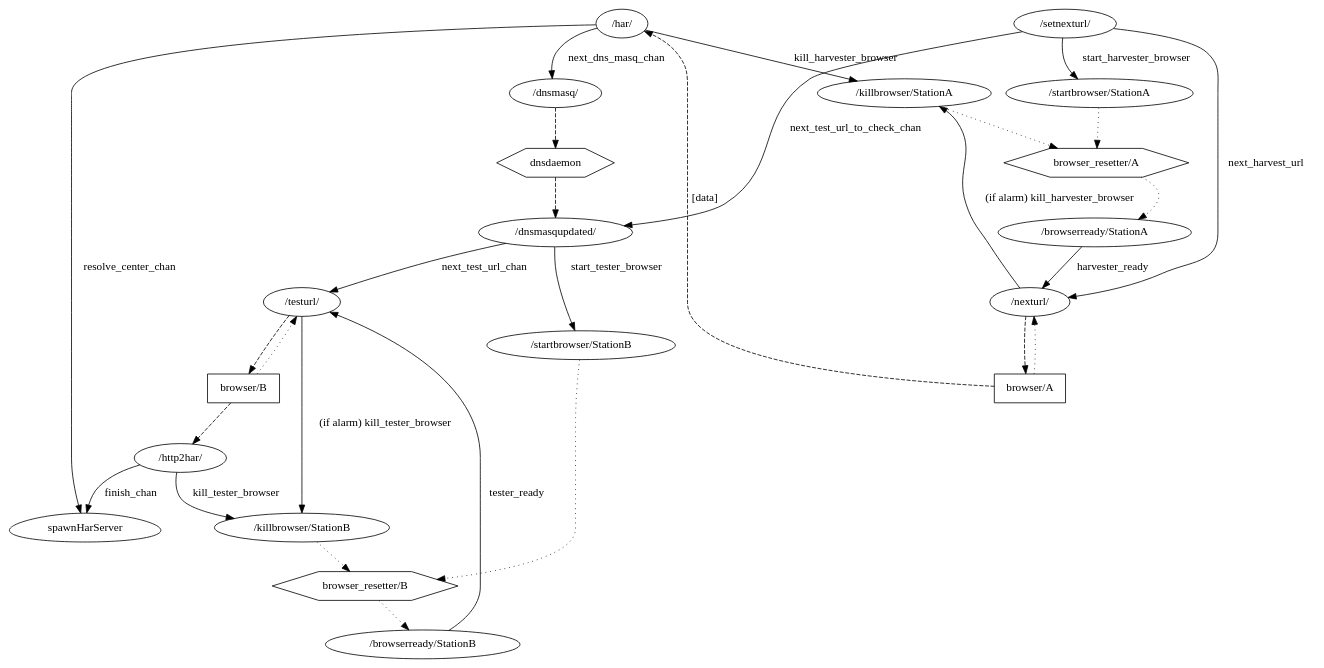
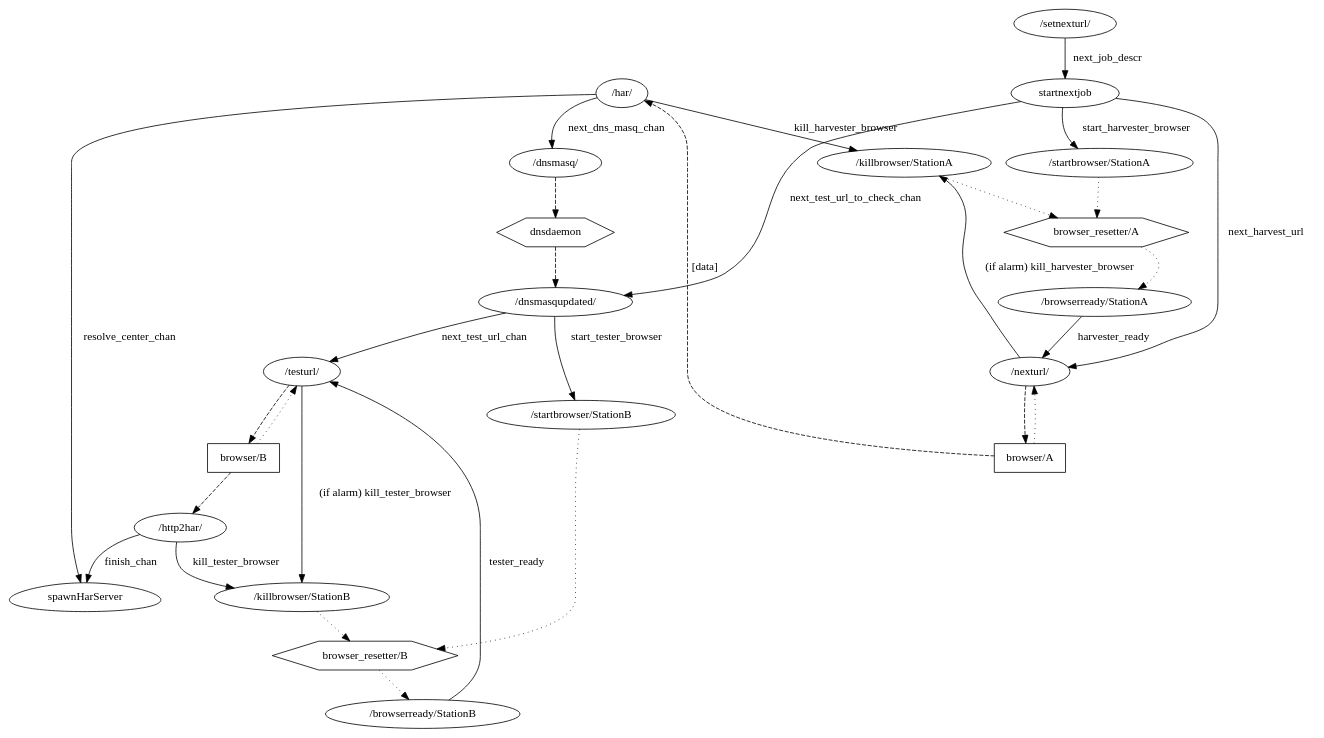
One commit to li-clutter-org/http2-test changed the diagram in chans.dot. Above: the diagram before and after it, drawn with Graphviz. The commit also changed 3 other files, not shown here.

```diff
--- a/chans.dot
+++ b/chans.dot
@@ -1,64 +1,65 @@
 digraph chans {
 
     har[label="/har/"];
     nexturl[label="/nexturl/"];
     http2har[label="/http2har/"];
     dnsmasq[label="/dnsmasq/"];
     setnexturl[label="/setnexturl/"];
     dnsmasqupdated[label="/dnsmasqupdated/"];
     testurl[label="/testurl/"];
     startbrowserStationA[label="/startbrowser/StationA"];
     killbrowserStationA[label="/killbrowser/StationA"];
 
     startbrowserStationB[label="/startbrowser/StationB"];
     killbrowserStationB[label="/killbrowser/StationB"];
 
     spawnHarServer[label="spawnHarServer", shape="egg"];
     dnsdaemon[label="dnsdaemon", shape="hexagon"];
     browserA[label="browser/A", shape="box"];
     browserAresetter[label="browser_resetter/A", shape="hexagon"]
     browserB[label="browser/B", shape="box"];
     browserBresetter[label="browser_resetter/B", shape="hexagon"]
     browserreadyA[label="/browserready/StationA"];
     browserreadyB[label="/browserready/StationB"];
     
     har -> dnsmasq [label="next_dns_masq_chan"];
     har -> killbrowserStationA [label="kill_harvester_browser"];
     killbrowserStationA -> browserAresetter [style="dotted"];
     browserAresetter -> browserreadyA [style="dotted"];
     browserreadyA -> nexturl [label="harvester_ready"];
     har -> spawnHarServer [label="resolve_center_chan"];
 
     dnsmasq -> dnsdaemon [style="dashed"];
 
     dnsdaemon -> dnsmasqupdated [style="dashed"];
 
     dnsmasqupdated -> startbrowserStationB [label="start_tester_browser"];
     startbrowserStationB -> browserBresetter [style="dotted"];
     browserBresetter -> browserreadyB [style="dotted"];
     browserreadyB -> testurl [label="tester_ready"];
     browserB -> testurl [style="dotted"];
     testurl -> browserB [style="dashed"];
     testurl -> killbrowserStationB [label="(if alarm) kill_tester_browser"];
     browserB -> http2har[style="dashed"];
 
     http2har -> killbrowserStationB [label="kill_tester_browser"];
     killbrowserStationB -> browserBresetter [style="dotted"];
 
 
     browserA -> nexturl [style="dotted"];
     nexturl -> browserA [style="dashed"];
     nexturl -> killbrowserStationA [label="(if alarm) kill_harvester_browser"];
     browserA -> har [style="dashed", label="[data]"];
 
     startbrowserStationA -> browserAresetter [ style="dotted"];
 
     http2har -> spawnHarServer [label="finish_chan"];
 
     dnsmasqupdated ->  testurl [label="next_test_url_chan"];
 
-    setnexturl -> startbrowserStationA [label="start_harvester_browser"];
-    setnexturl -> nexturl [label="next_harvest_url"];
-    setnexturl -> dnsmasqupdated [ label="next_test_url_to_check_chan"]
+    startnextjob -> startbrowserStationA [label="start_harvester_browser"];
+    startnextjob -> nexturl [label="next_harvest_url"];
+    startnextjob -> dnsmasqupdated [ label="next_test_url_to_check_chan"];
 
+    setnexturl -> startnextjob [ label="next_job_descr" ];
 }
```
